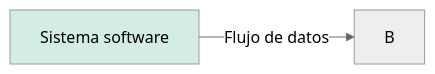
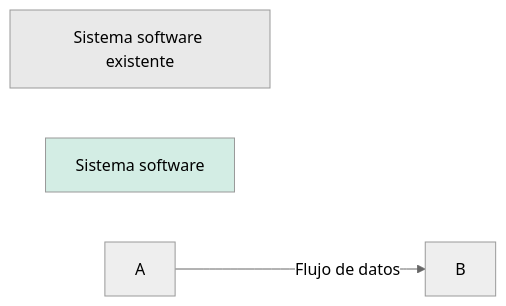
Before and after one commit to sami-reinoso/hiring-integration: the second of 2 diagrams in docs/README.md, drawn with Mermaid (neutral theme).

Commit message:
Fix references

````diff
--- a/docs/README.md
+++ b/docs/README.md
@@ -15,8 +15,11 @@
 ```mermaid
 graph LR
     classDef existingSystem fill:#e9e9e9
     classDef system fill:#d3ede4
-    A[Sistema software existente]:::existingSystem
-    A[Sistema software]:::system
+    C[Sistema software existente]:::existingSystem
+    D[Sistema software]:::system
+    C
+    D
     A-- Flujo de datos -->B
+
 ```
````
